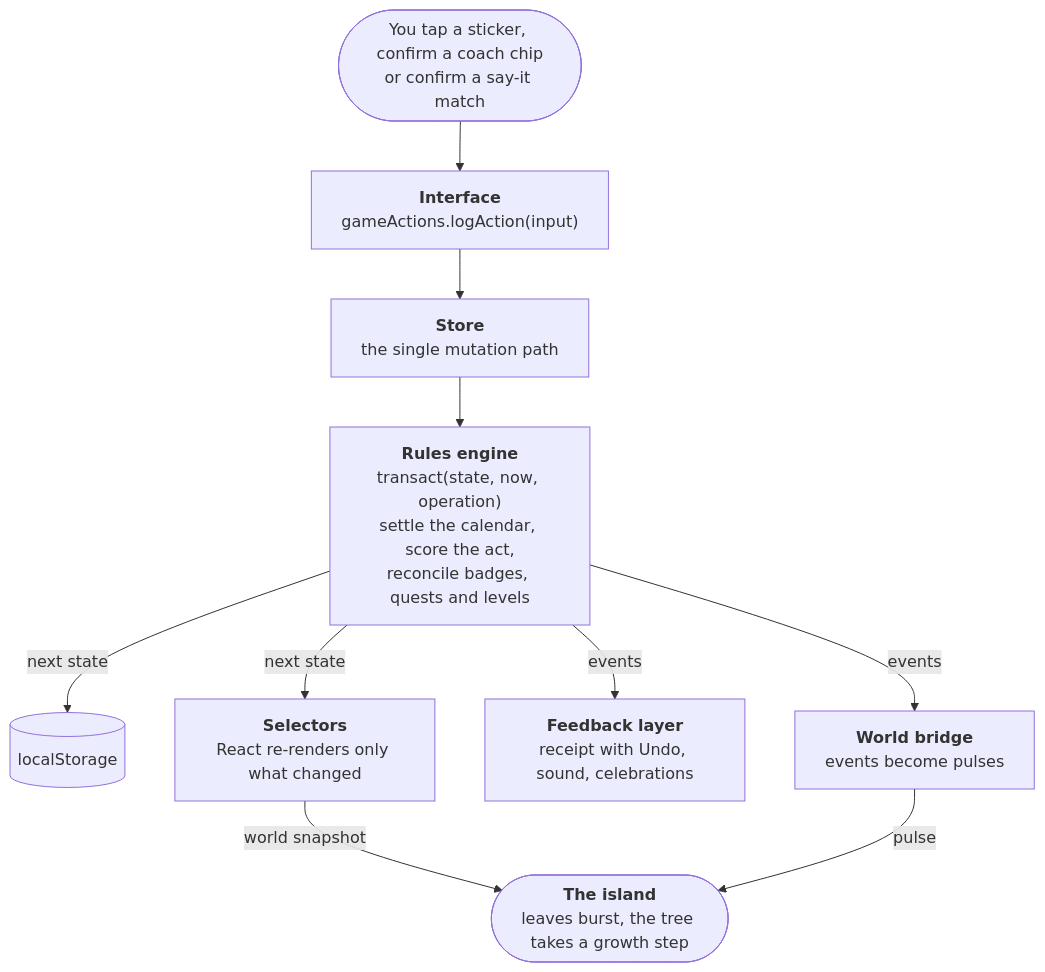
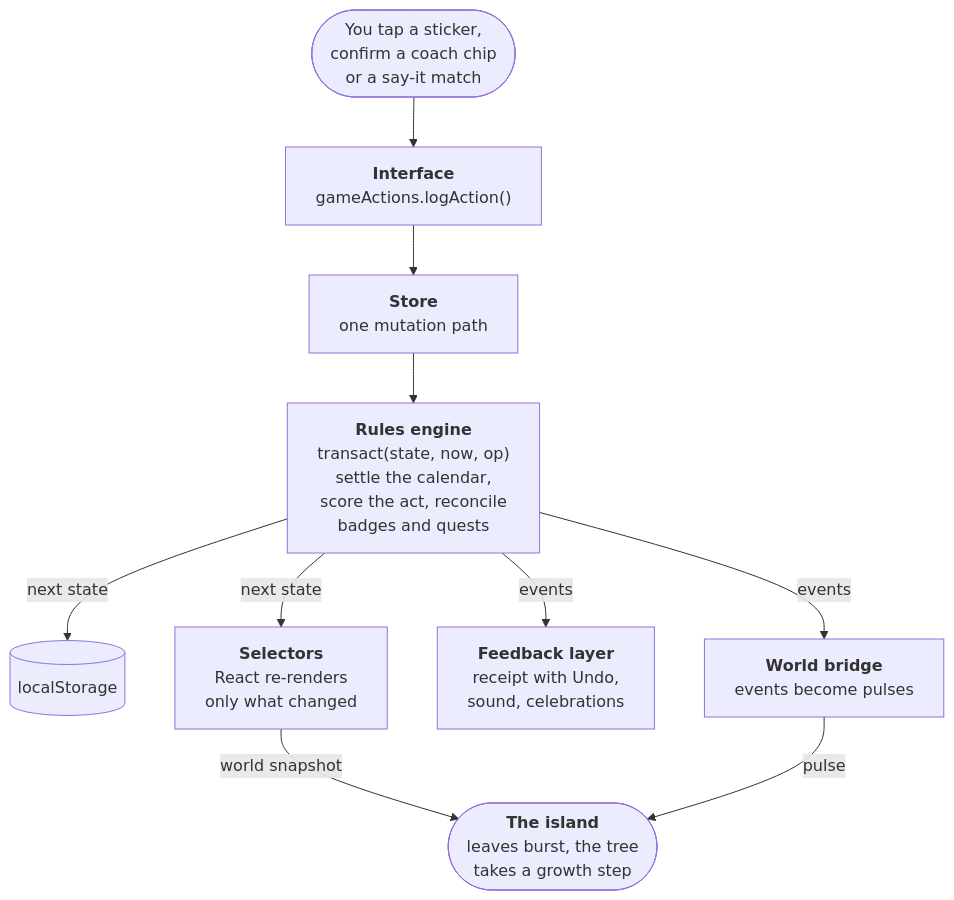
Before and after one commit to shubhamjh15/touch-grass: the first of 2 diagrams in README.md, drawn with Mermaid. The commit also changed other lines of this file, not shown here.

First line of the commit message:
docs(readme): diagrams that stay legible at the width GitHub gives them

````diff
--- a/README.md
+++ b/README.md
@@ -276,20 +276,20 @@
 ```mermaid
 flowchart TD
-    you(["You tap a sticker, confirm a coach chip<br/>or confirm a say-it match"])
-    ui["<b>Interface</b><br/>gameActions.logAction(input)"]
-    store["<b>Store</b><br/>the single mutation path"]
-    engine["<b>Rules engine</b><br/>transact(state, now, operation)<br/>settle the calendar, score the act,<br/>reconcile badges, quests and levels"]
+    you(["You tap a sticker,<br/>confirm a coach chip<br/>or a say-it match"])
+    ui["<b>Interface</b><br/>gameActions.logAction()"]
+    store["<b>Store</b><br/>one mutation path"]
+    engine["<b>Rules engine</b><br/>transact(state, now, op)<br/>settle the calendar,<br/>score the act, reconcile<br/>badges and quests"]
     disk[("localStorage")]
-    views["<b>Selectors</b><br/>React re-renders only what changed"]
-    feedback["<b>Feedback layer</b><br/>receipt with Undo, sound, celebrations"]
+    views["<b>Selectors</b><br/>React re-renders<br/>only what changed"]
+    feedback["<b>Feedback layer</b><br/>receipt with Undo,<br/>sound, celebrations"]
     bridge["<b>World bridge</b><br/>events become pulses"]
-    island(["<b>The island</b><br/>leaves burst, the tree takes a growth step"])
+    island(["<b>The island</b><br/>leaves burst, the tree<br/>takes a growth step"])
 
     you --> ui --> store --> engine
     engine -- "next state" --> disk
     engine -- "next state" --> views
     engine -- "events" --> feedback
     engine -- "events" --> bridge
     views -- "world snapshot" --> island
     bridge -- "pulse" --> island
 ```
````
